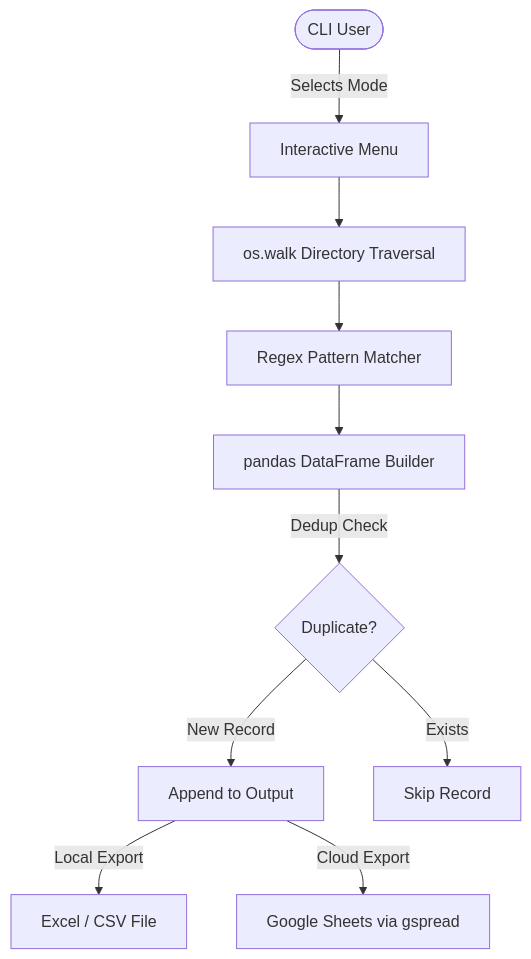
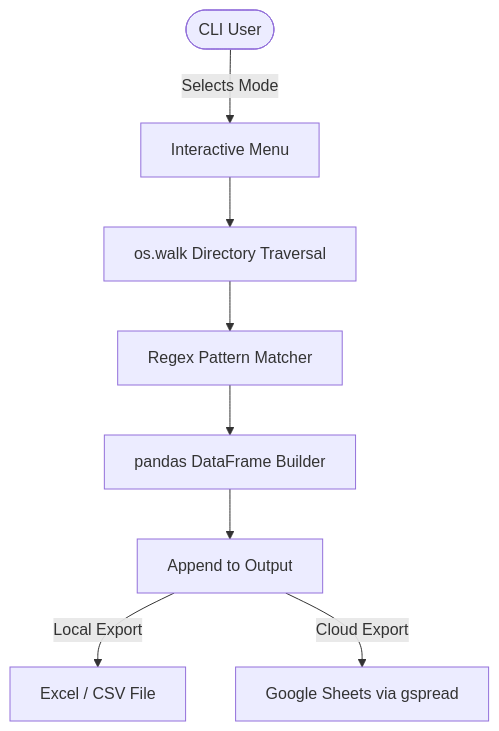
One commit to 0utLawzz/Drive-Data changed the diagram in ARCHITECTURE.md. Above: the diagram before and after it, drawn with Mermaid. The commit also changed other lines of this file and 3 other files, not shown here.

````diff
--- a/ARCHITECTURE.md
+++ b/ARCHITECTURE.md
@@ -22,12 +22,10 @@
 ```mermaid
 graph TD
     User([CLI User]) -->|Selects Mode| Menu[Interactive Menu]
     Menu --> Scanner[os.walk Directory Traversal]
     Scanner --> Matcher[Regex Pattern Matcher]
     Matcher --> Builder[pandas DataFrame Builder]
-    Builder -->|Dedup Check| DupCheck{Duplicate?}
-    DupCheck -->|New Record| Append[Append to Output]
-    DupCheck -->|Exists| Skip[Skip Record]
+    Builder --> Append[Append to Output]
     Append -->|Local Export| Excel[Excel / CSV File]
     Append -->|Cloud Export| GSheets[Google Sheets via gspread]
 ```
````
